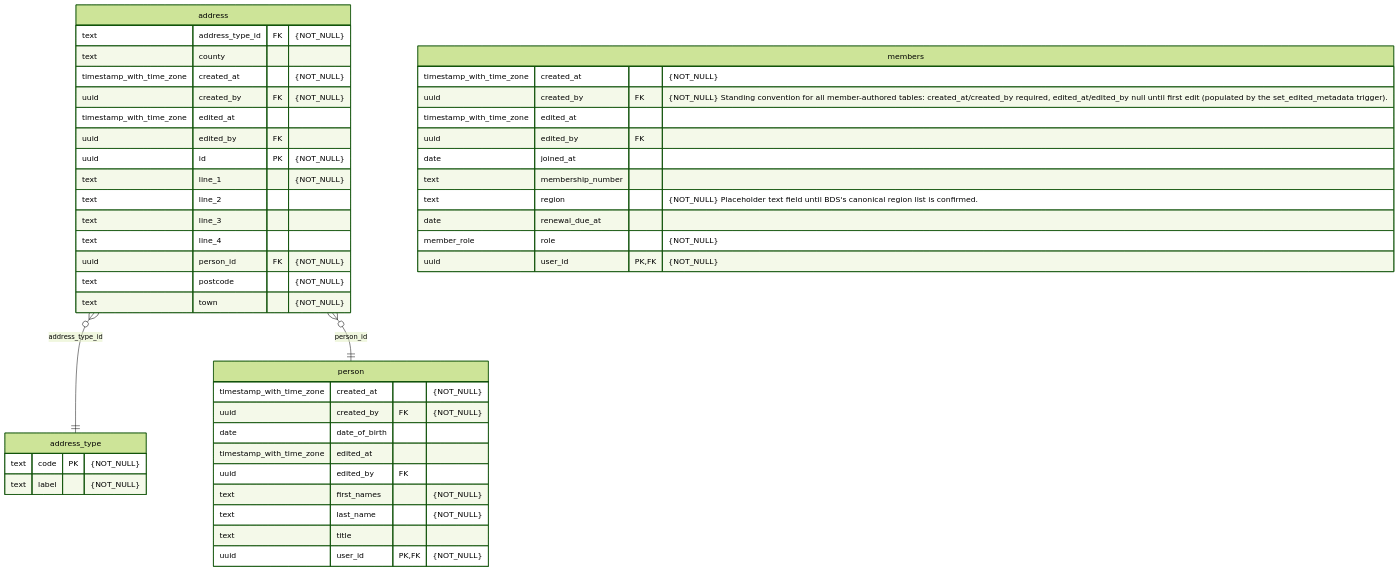
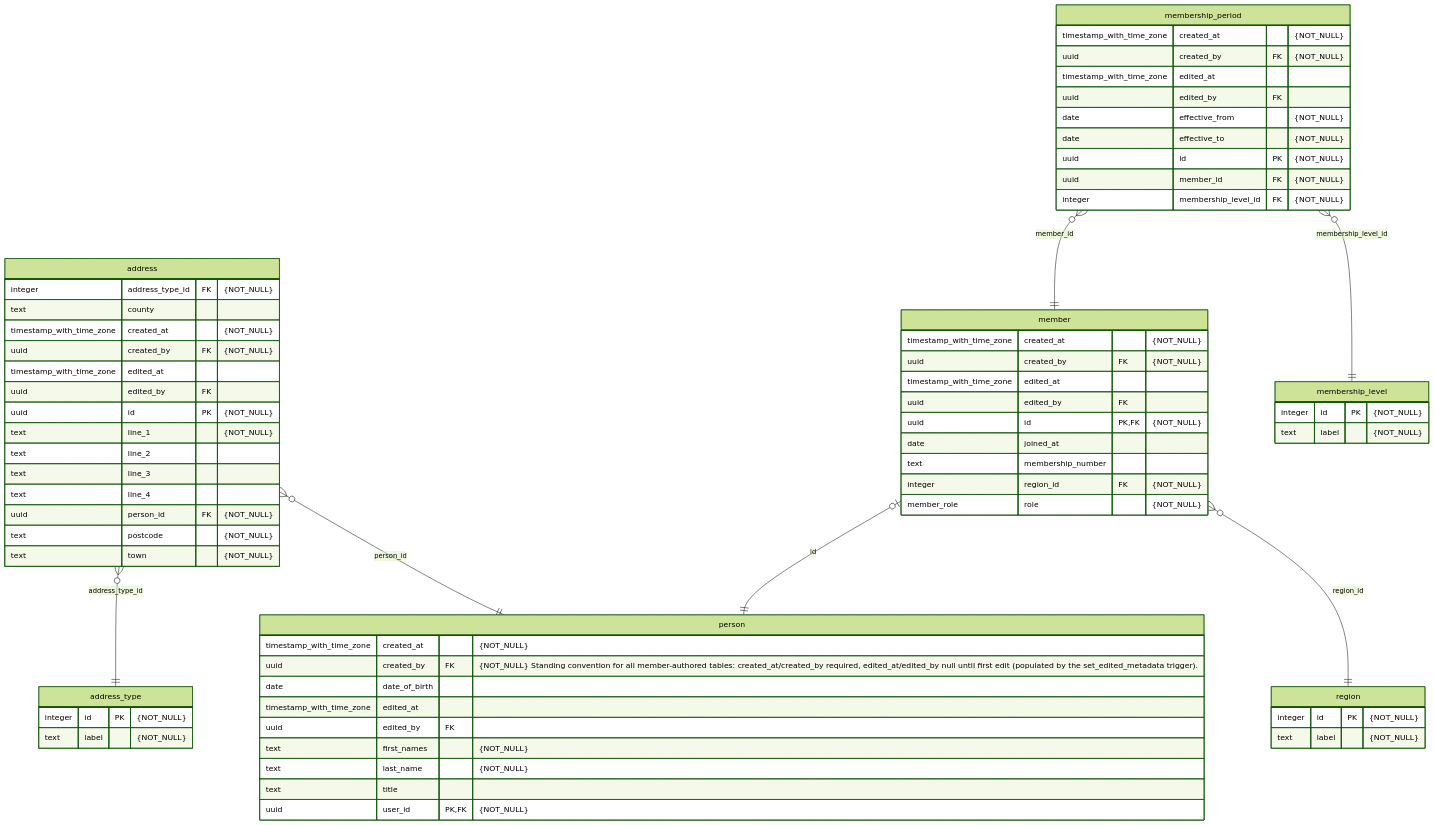
Before and after one commit to devallish/bds: the diagram in documents/BDS_Mobile_App_Database_Schema.md, drawn with Mermaid (forest theme). The commit also changed 148 other files, not shown here.

````diff
--- a/documents/BDS_Mobile_App_Database_Schema.md
+++ b/documents/BDS_Mobile_App_Database_Schema.md
@@ -5,52 +5,77 @@
 ```mermaid
 erDiagram
     address {
-        text address_type_id FK "{NOT_NULL}"
+        integer address_type_id FK "{NOT_NULL}"
         text county 
         timestamp_with_time_zone created_at "{NOT_NULL}"
         uuid created_by FK "{NOT_NULL}"
         timestamp_with_time_zone edited_at 
         uuid edited_by FK 
         uuid id PK "{NOT_NULL}"
         text line_1 "{NOT_NULL}"
         text line_2 
         text line_3 
         text line_4 
         uuid person_id FK "{NOT_NULL}"
         text postcode "{NOT_NULL}"
         text town "{NOT_NULL}"
     }
 
     address_type {
-        text code PK "{NOT_NULL}"
+        integer id PK "{NOT_NULL}"
         text label "{NOT_NULL}"
     }
 
-    members {
+    member {
         timestamp_with_time_zone created_at "{NOT_NULL}"
-        uuid created_by FK "{NOT_NULL} Standing convention for all member-authored tables: created_at/created_by required, edited_at/edited_by null until first edit (populated by the set_edited_metadata trigger)."
+        uuid created_by FK "{NOT_NULL}"
         timestamp_with_time_zone edited_at 
         uuid edited_by FK 
+        uuid id PK,FK "{NOT_NULL}"
         date joined_at 
         text membership_number 
-        text region "{NOT_NULL} Placeholder text field until BDS's canonical region list is confirmed."
-        date renewal_due_at 
+        integer region_id FK "{NOT_NULL}"
         member_role role "{NOT_NULL} <member,regional_coordinator,national_admin>"
-        uuid user_id PK,FK "{NOT_NULL}"
+    }
+
+    membership_level {
+        integer id PK "{NOT_NULL}"
+        text label "{NOT_NULL}"
+    }
+
+    membership_period {
+        timestamp_with_time_zone created_at "{NOT_NULL}"
+        uuid created_by FK "{NOT_NULL}"
+        timestamp_with_time_zone edited_at 
+        uuid edited_by FK 
+        date effective_from "{NOT_NULL}"
+        date effective_to "{NOT_NULL}"
+        uuid id PK "{NOT_NULL}"
+        uuid member_id FK "{NOT_NULL}"
+        integer membership_level_id FK "{NOT_NULL}"
     }
 
     person {
         timestamp_with_time_zone created_at "{NOT_NULL}"
-        uuid created_by FK "{NOT_NULL}"
+        uuid created_by FK "{NOT_NULL} Standing convention for all member-authored tables: created_at/created_by required, edited_at/edited_by null until first edit (populated by the set_edited_metadata trigger)."
         date date_of_birth 
         timestamp_with_time_zone edited_at 
         uuid edited_by FK 
         text first_names "{NOT_NULL}"
         text last_name "{NOT_NULL}"
         text title 
         uuid user_id PK,FK "{NOT_NULL}"
     }
 
+    region {
+        integer id PK "{NOT_NULL}"
+        text label "{NOT_NULL}"
+    }
+
     address }o--|| address_type : "address_type_id"
     address }o--|| person : "person_id"
+    member |o--|| person : "id"
+    member }o--|| region : "region_id"
+    membership_period }o--|| member : "member_id"
+    membership_period }o--|| membership_level : "membership_level_id"
 ```
````
